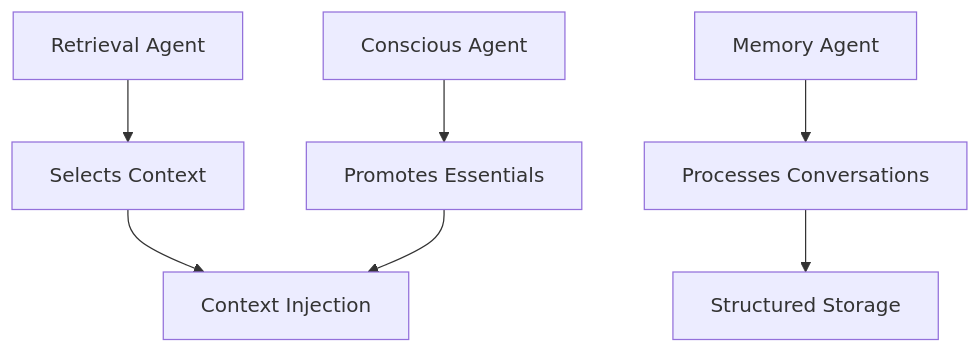
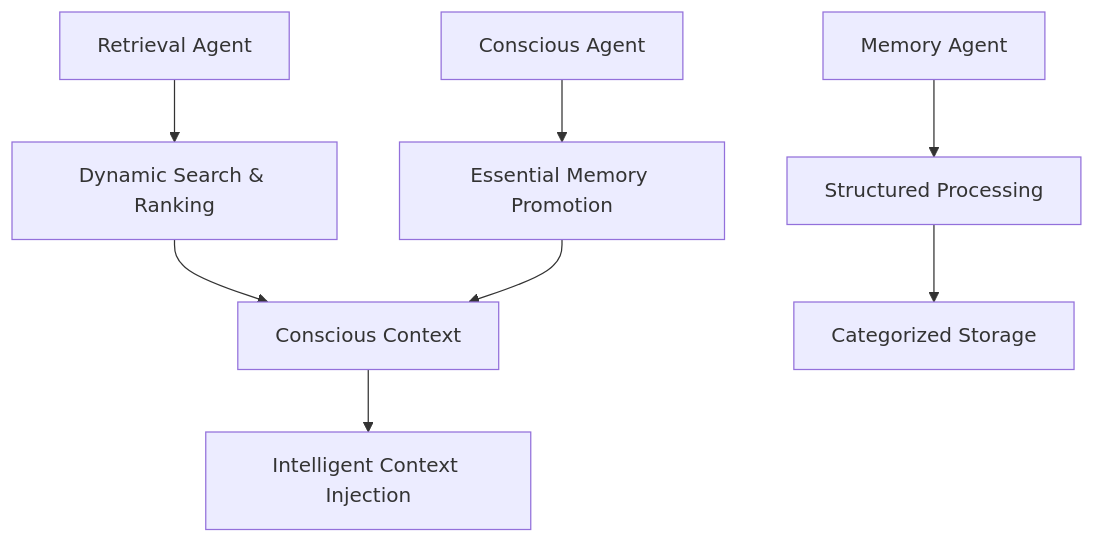
One commit to vishalbelsare/memori changed the diagram in docs/open-source/features.md. Above: the diagram before and after it, drawn with Mermaid. The commit also changed other lines of this file and 9 other files, not shown here.

````diff
--- a/docs/open-source/features.md
+++ b/docs/open-source/features.md
@@ -12,10 +30,11 @@
 ```mermaid
 graph TD
-    A[Retrieval Agent] --> B[Selects Context]
-    C[Conscious Agent] --> D[Promotes Essentials]
-    E[Memory Agent] --> F[Processes Conversations]
+    A[Retrieval Agent] --> B[Dynamic Search & Ranking]
+    C[Conscious Agent] --> D[Essential Memory Promotion]
+    E[Memory Agent] --> F[Structured Processing]
     
-    B --> G[Context Injection]
-    D --> G
-    F --> H[Structured Storage]
+    B --> G[Auto-Ingest Context]
+    D --> G[Conscious Context]
+    F --> H[Categorized Storage]
+    G --> I[Intelligent Context Injection]
 ```
````
